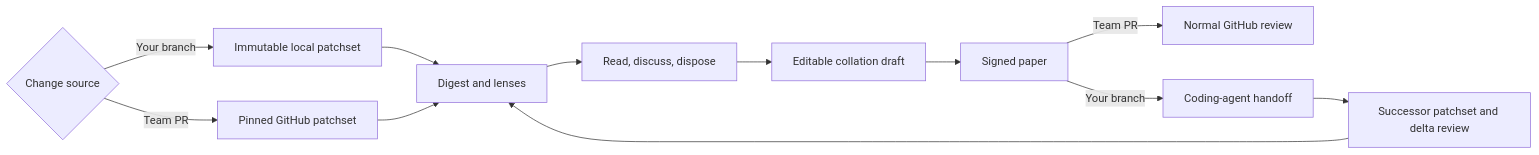
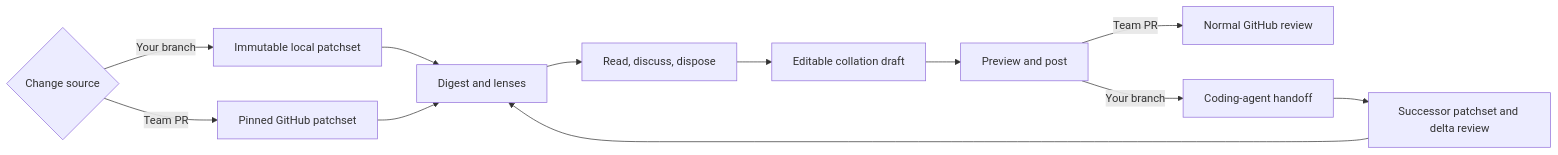
The diagram in docs/src/content/docs/using/concepts/product-and-vision.md (rbutera/Rennet), drawn with Mermaid before and after one commit. The commit also changed other lines of this file and 53 other files, not shown here.

First line of the commit message:
refactor(language): drop the paper/signing metaphor entirely — preview → post (Rai, 2026-08-18)

````diff
--- a/docs/src/content/docs/using/concepts/product-and-vision.md
+++ b/docs/src/content/docs/using/concepts/product-and-vision.md
@@ -32,15 +32,15 @@
 ```mermaid
 flowchart LR
   source{Change source}
   source -->|Your branch| local[Immutable local patchset]
   source -->|Team PR| remote[Pinned GitHub patchset]
   local --> digest[Digest and lenses]
   remote --> digest
   digest --> decide[Read, discuss, dispose]
   decide --> draft[Editable collation draft]
-  draft --> sign[Signed paper]
-  sign -->|Team PR| github[Normal GitHub review]
-  sign -->|Your branch| agent[Coding-agent handoff]
+  draft --> preview[Preview and post]
+  preview -->|Team PR| github[Normal GitHub review]
+  preview -->|Your branch| agent[Coding-agent handoff]
   agent --> delta[Successor patchset and delta review]
   delta --> digest
 ```
````
